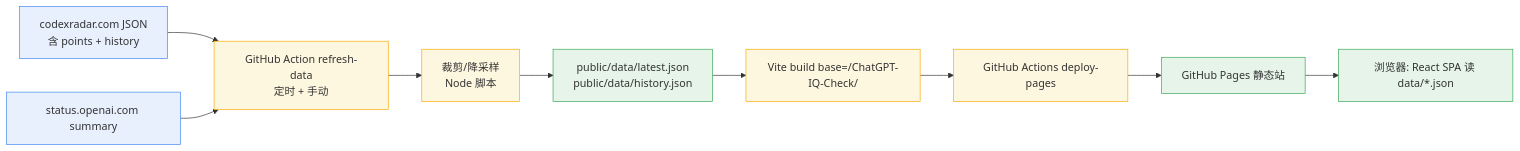
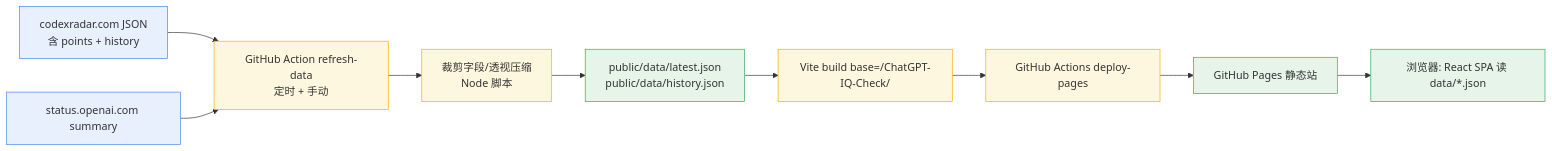
One commit to dev-of-mc-yzy15/ChatGPT-IQ-Check changed the diagram in docs/superpowers/specs/2026-10-23-chatgpt-iq-radar-design.md. Above: the diagram before and after it, drawn with Mermaid. The commit also changed other lines of this file, not shown here.

Commit message:
docs(spec): 取消时间降采样, 改为全保真+字段裁剪+透视压缩

````diff
--- a/docs/superpowers/specs/2026-10-23-chatgpt-iq-radar-design.md
+++ b/docs/superpowers/specs/2026-10-23-chatgpt-iq-radar-design.md
@@ -30,17 +30,17 @@
 ```mermaid
 flowchart LR
   CR[codexradar.com JSON<br/>含 points + history] --> A
   ST[status.openai.com summary] --> A
-  A[GitHub Action refresh-data<br/>定时 + 手动] --> T[裁剪/降采样<br/>Node 脚本]
+  A[GitHub Action refresh-data<br/>定时 + 手动] --> T[裁剪字段/透视压缩<br/>Node 脚本]
   T --> D[public/data/latest.json<br/>public/data/history.json]
   D --> B[Vite build base=/ChatGPT-IQ-Check/]
   B --> P[GitHub Actions deploy-pages]
   P --> G[GitHub Pages 静态站]
   G --> U[浏览器: React SPA 读 data/*.json]
   classDef src fill:#e8f0fe,stroke:#4285f4;
   classDef ci fill:#fef7e0,stroke:#f9ab00;
   classDef out fill:#e6f4ea,stroke:#34a853;
   class CR,ST src;
   class A,T,B,P ci;
   class D,G,U out;
 ```
````
